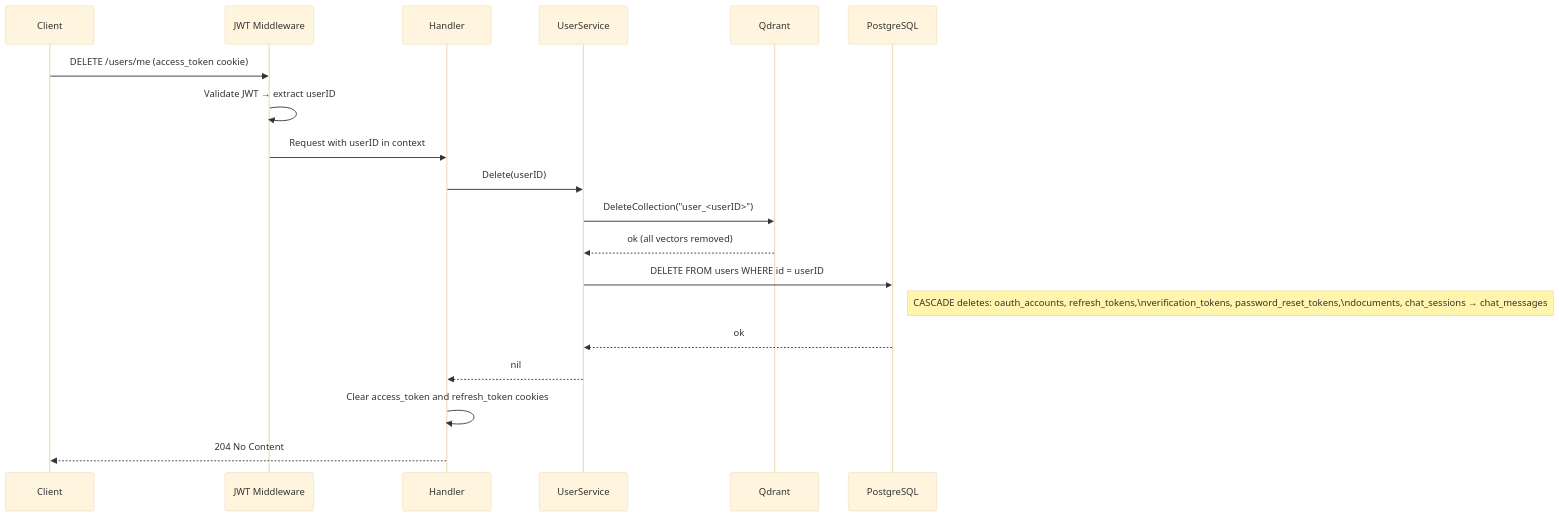
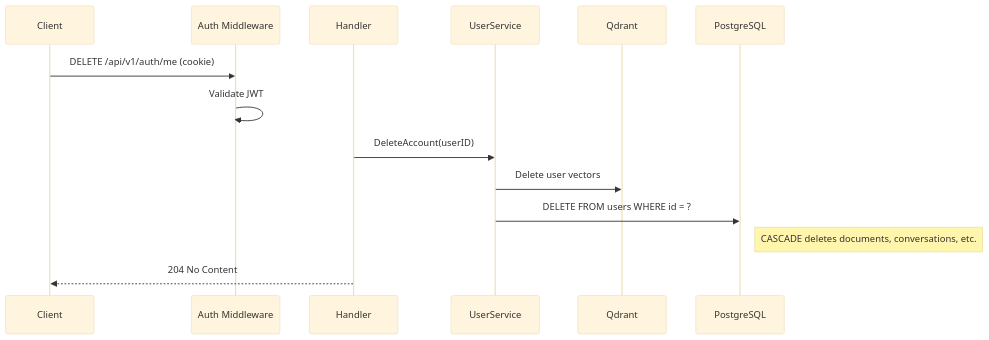
The seventh of 7 diagrams in docs/diagrams/Sequence_Diagrams.md (ABDELRAHMAN-ELRAYES/Vai), drawn with Mermaid (base theme) before and after one commit. The commit also changed other lines of this file and 14 other files, not shown here.

````diff
--- a/docs/diagrams/Sequence_Diagrams.md
+++ b/docs/diagrams/Sequence_Diagrams.md
@@ -363,22 +253,17 @@
 ```mermaid
 sequenceDiagram
     participant C as Client
-    participant MW as JWT Middleware
+    participant MW as Auth Middleware
     participant H as Handler
     participant US as UserService
     participant QD as Qdrant
     participant DB as PostgreSQL
 
-    C->>MW: DELETE /users/me (access_token cookie)
-    MW->>MW: Validate JWT → extract userID
-    MW->>H: Request with userID in context
-    H->>US: Delete(userID)
-    US->>QD: DeleteCollection("user_<userID>")
-    QD-->>US: ok (all vectors removed)
-    US->>DB: DELETE FROM users WHERE id = userID
-    Note right of DB: CASCADE deletes: oauth_accounts, refresh_tokens,\nverification_tokens, password_reset_tokens,\ndocuments, chat_sessions → chat_messages
-    DB-->>US: ok
-    US-->>H: nil
-    H->>H: Clear access_token and refresh_token cookies
+    C->>MW: DELETE /api/v1/auth/me (cookie)
+    MW->>MW: Validate JWT
+    H->>US: DeleteAccount(userID)
+    US->>QD: Delete user vectors
+    US->>DB: DELETE FROM users WHERE id = ?
+    Note right of DB: CASCADE deletes documents, conversations, etc.
     H-->>C: 204 No Content
 ```
````
